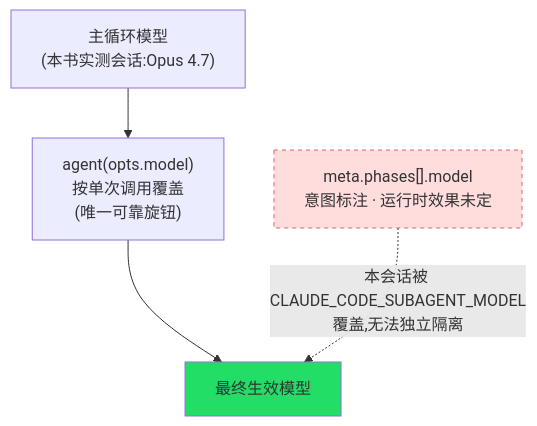
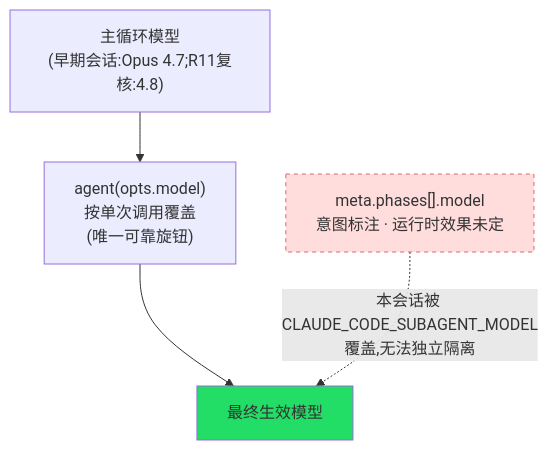
One commit to AGI-is-going-to-arrive/workflow-cookbook changed the third of 3 diagrams in docs/zh/p2-05-meta-and-phase.md. Above: the diagram before and after it, drawn with Mermaid. The commit also changed other lines of this file and 44 other files, not shown here.

````diff
--- a/docs/zh/p2-05-meta-and-phase.md
+++ b/docs/zh/p2-05-meta-and-phase.md
@@ -482,8 +482,8 @@
 ```mermaid
 flowchart TD
-    A["主循环模型<br/>(本书实测会话:Opus 4.7)"] --> C["agent(opts.model)<br/>按单次调用覆盖<br/>(唯一可靠旋钮)"]
+    A["主循环模型<br/>(早期会话:Opus 4.7;R11复核:4.8)"] --> C["agent(opts.model)<br/>按单次调用覆盖<br/>(唯一可靠旋钮)"]
     C --> E["最终生效模型"]
     B["meta.phases[].model<br/>意图标注 · 运行时效果未定"] -. "本会话被 CLAUDE_CODE_SUBAGENT_MODEL<br/>覆盖,无法独立隔离" .-> E
     style E fill:#2d6
     style B fill:#fdd,stroke:#d66,stroke-dasharray: 4 4
 ```
````
